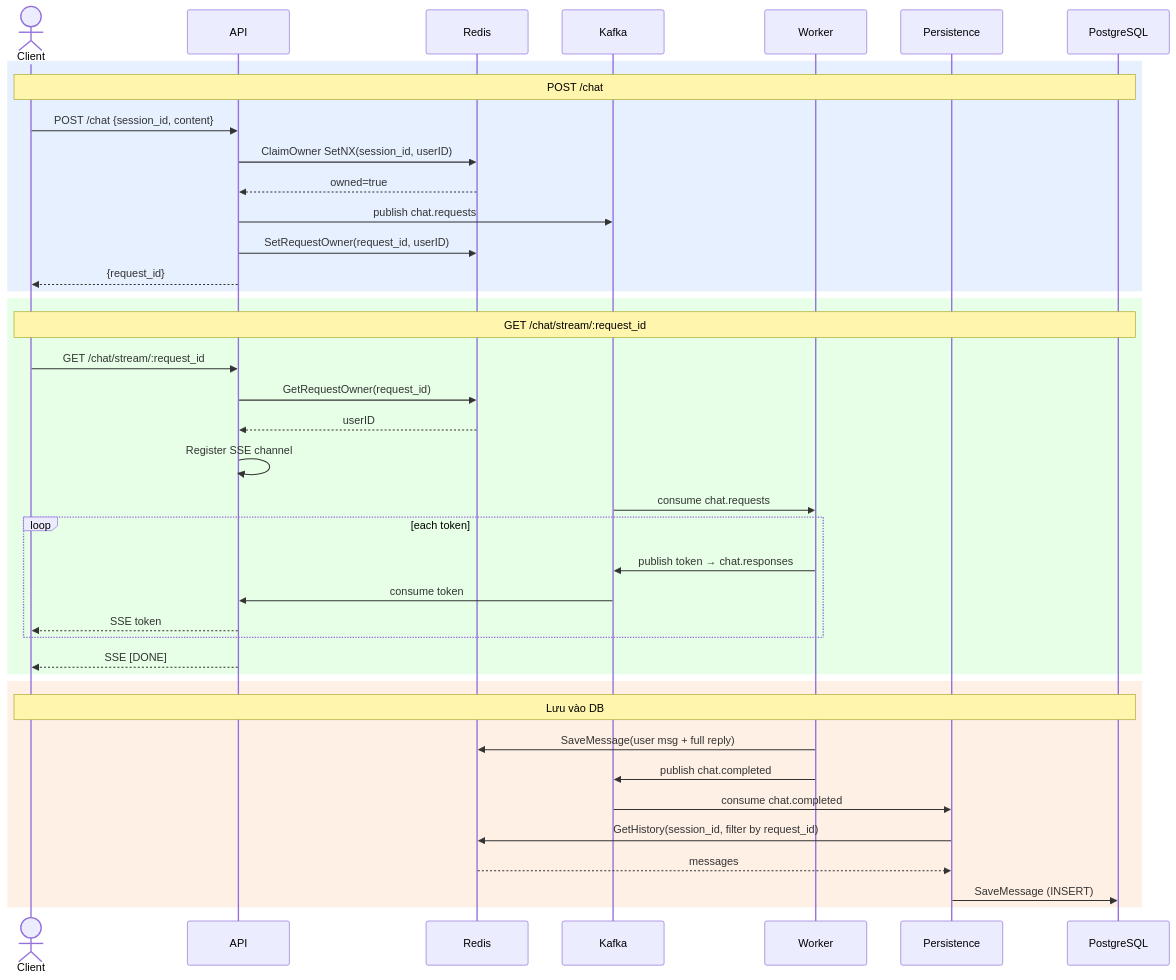
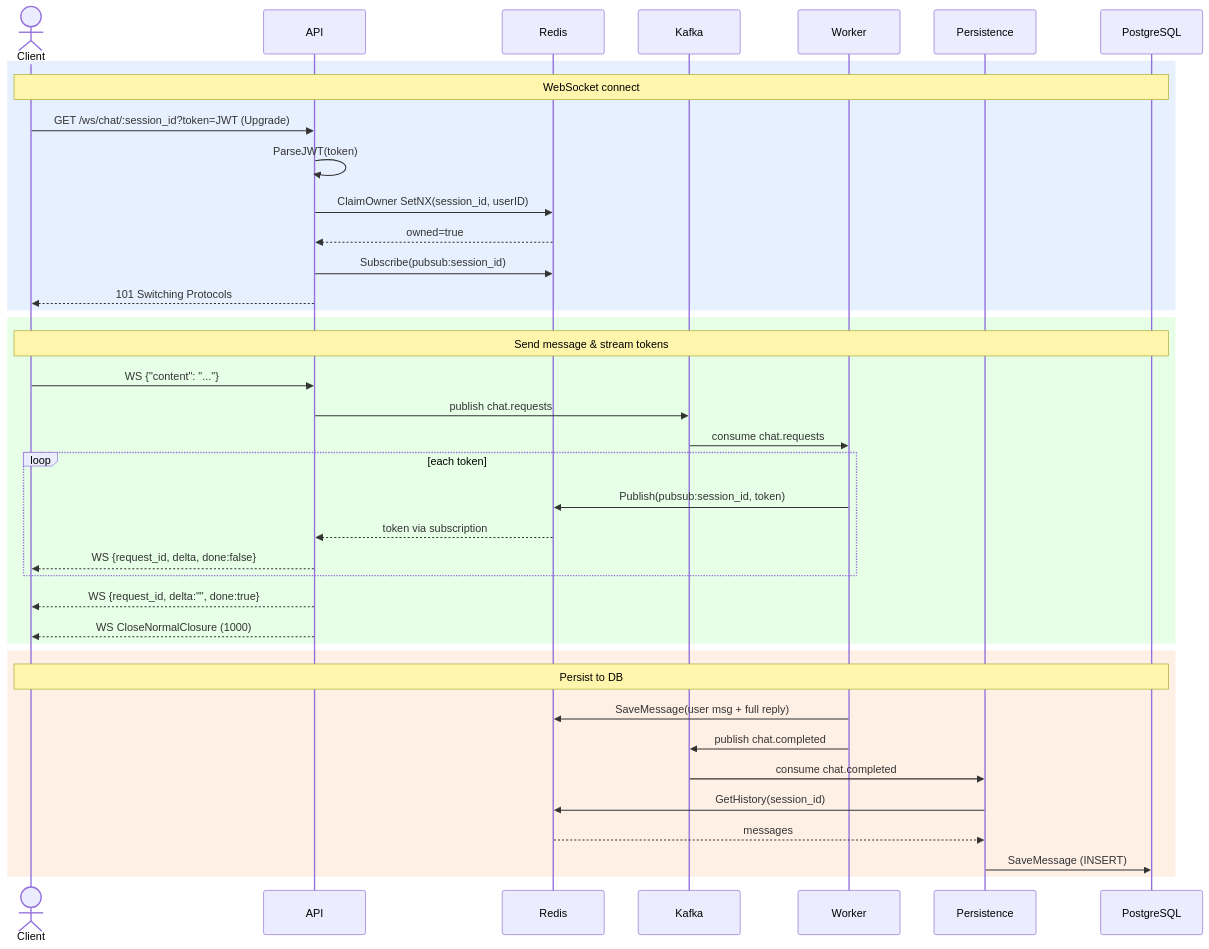
One commit to linhhnbkdn/golang-learning changed the diagram in README.md. Above: the diagram before and after it, drawn with Mermaid. The commit also changed other lines of this file, not shown here.

First line of the commit message:
docs: update README for WebSocket + Redis Pub/Sub architecture

````diff
--- a/README.md
+++ b/README.md
@@ -19,45 +22,44 @@
 ```mermaid
 sequenceDiagram
     actor Client
     participant API
     participant Redis
     participant Kafka
     participant Worker
     participant Persistence
     participant PostgreSQL
 
     rect rgb(230, 240, 255)
-        note over Client,PostgreSQL: POST /chat
-        Client->>API: POST /chat {session_id, content}
+        note over Client,PostgreSQL: WebSocket connect
+        Client->>API: GET /ws/chat/:session_id?token=JWT (Upgrade)
+        API->>API: ParseJWT(token)
         API->>Redis: ClaimOwner SetNX(session_id, userID)
         Redis-->>API: owned=true
-        API->>Kafka: publish chat.requests
-        API->>Redis: SetRequestOwner(request_id, userID)
-        API-->>Client: {request_id}
+        API->>Redis: Subscribe(pubsub:session_id)
+        API-->>Client: 101 Switching Protocols
     end
 
     rect rgb(230, 255, 230)
-        note over Client,PostgreSQL: GET /chat/stream/:request_id
-        Client->>API: GET /chat/stream/:request_id
-        API->>Redis: GetRequestOwner(request_id)
-        Redis-->>API: userID
-        API->>API: Register SSE channel
+        note over Client,PostgreSQL: Send message & stream tokens
+        Client->>API: WS {"content": "..."}
+        API->>Kafka: publish chat.requests
         Kafka->>Worker: consume chat.requests
         loop each token
-            Worker->>Kafka: publish token → chat.responses
-            Kafka->>API: consume token
-            API-->>Client: SSE token
+            Worker->>Redis: Publish(pubsub:session_id, token)
+            Redis-->>API: token via subscription
+            API-->>Client: WS {request_id, delta, done:false}
         end
-        API-->>Client: SSE [DONE]
+        API-->>Client: WS {request_id, delta:"", done:true}
+        API-->>Client: WS CloseNormalClosure (1000)
     end
 
     rect rgb(255, 240, 230)
-        note over Client,PostgreSQL: Lưu vào DB
+        note over Client,PostgreSQL: Persist to DB
         Worker->>Redis: SaveMessage(user msg + full reply)
         Worker->>Kafka: publish chat.completed
         Kafka->>Persistence: consume chat.completed
-        Persistence->>Redis: GetHistory(session_id, filter by request_id)
+        Persistence->>Redis: GetHistory(session_id)
         Redis-->>Persistence: messages
         Persistence->>PostgreSQL: SaveMessage (INSERT)
     end
 ```
````
